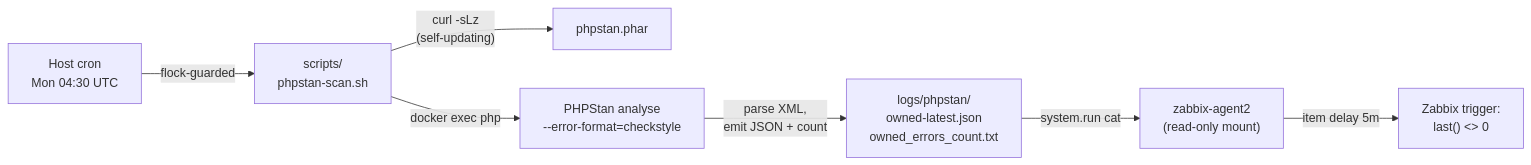
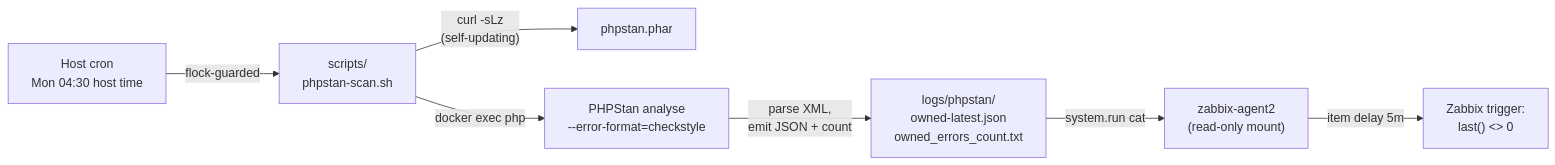
The second of 2 diagrams in Readme.md (paskal/bitrix.infra), drawn with Mermaid before and after one commit. The commit also changed other lines of this file and 1 other file, not shown here.

````diff
--- a/Readme.md
+++ b/Readme.md
@@ -146,9 +151,9 @@
 ```mermaid
 flowchart LR
-    Cron["Host cron<br>Mon 04:30 UTC"] -->|"flock-guarded"| Script["scripts/<br>phpstan-scan.sh"]
+    Cron["Host cron<br>Mon 04:30 host time"] -->|"flock-guarded"| Script["scripts/<br>phpstan-scan.sh"]
     Script -->|"curl -sLz<br>(self-updating)"| Phar["phpstan.phar"]
     Script -->|"docker exec php"| PHPStan["PHPStan analyse<br>--error-format=checkstyle"]
     PHPStan -->|"parse XML,<br>emit JSON + count"| Files["logs/phpstan/<br>owned-latest.json<br>owned_errors_count.txt"]
     Files -->|"system.run cat"| Agent["zabbix-agent2<br>(read-only mount)"]
     Agent -->|"item delay 5m"| Trigger["Zabbix trigger:<br>last() &lt;&gt; 0"]
 ```
````
